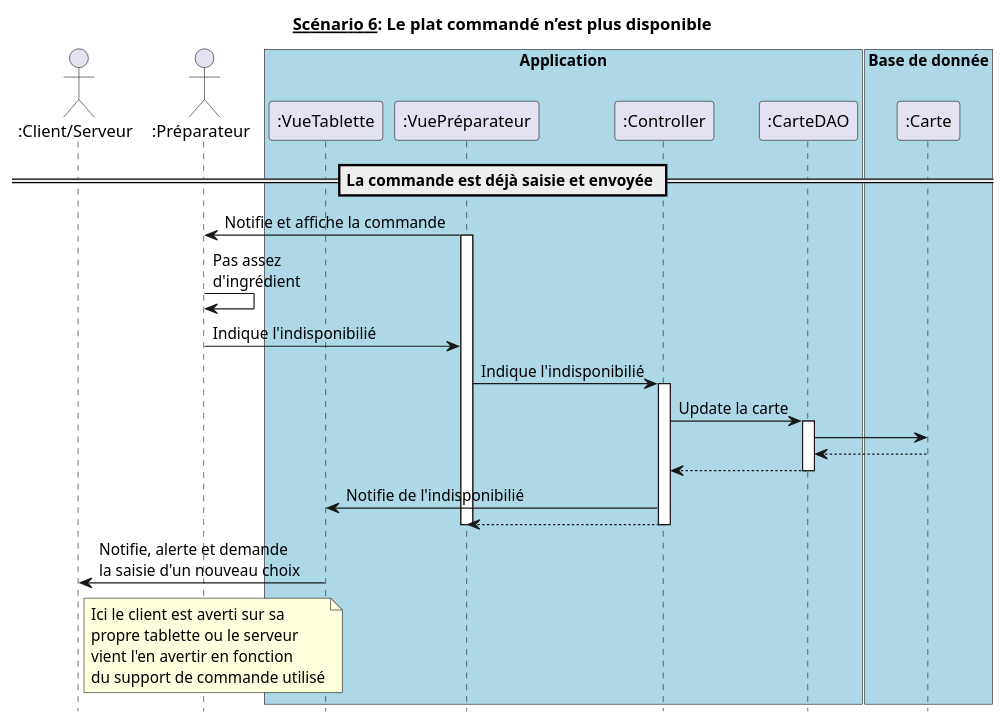
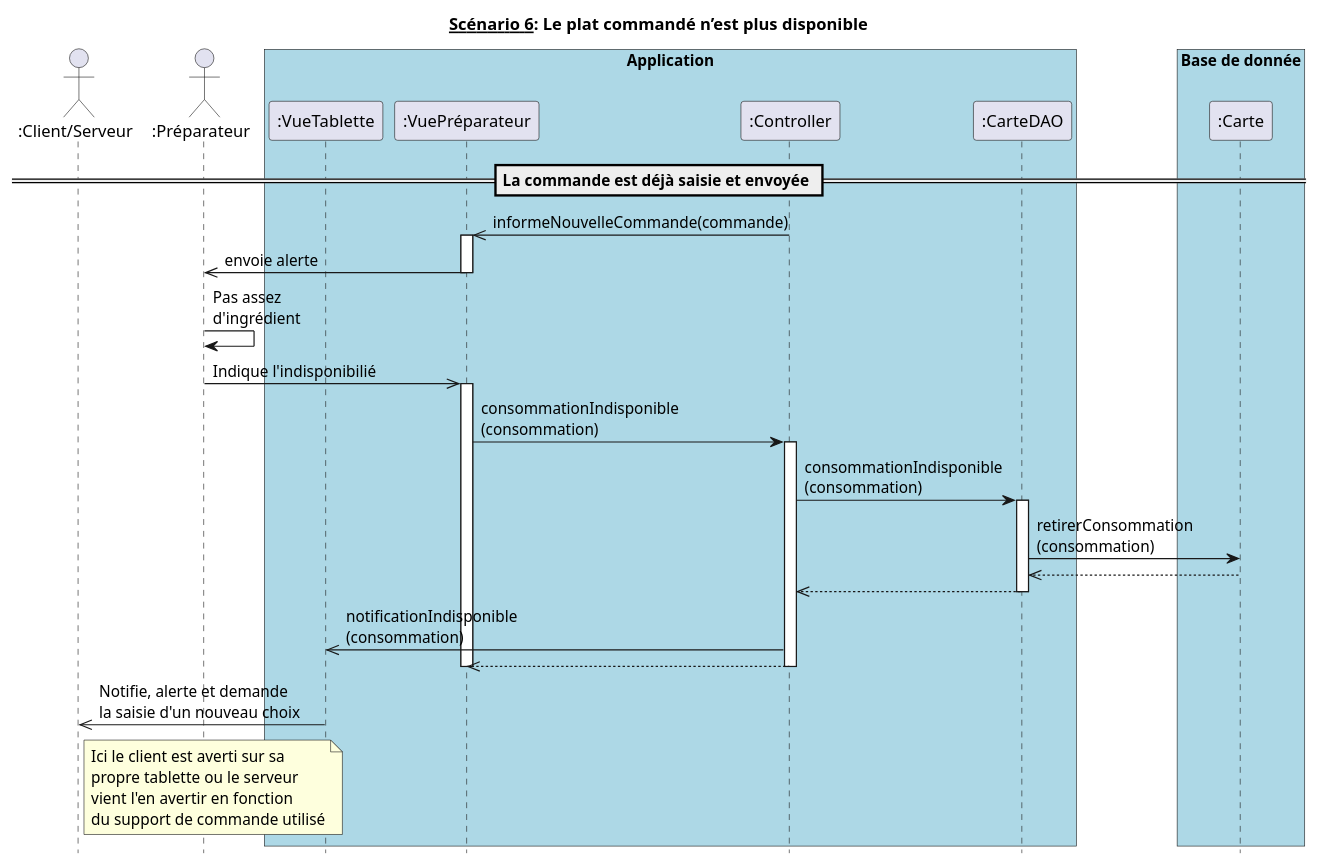
The diagram in diagrammes_sequences_detailles/dss6.md (hulskenA/GL-Les_seigneurs_du_resto), drawn with PlantUML before and after one commit. The commit also changed 1 other file, not shown here.

Commit message:
Reworked dss6 and dss9

````diff
--- a/diagrammes_sequences_detailles/dss6.md
+++ b/diagrammes_sequences_detailles/dss6.md
@@ -1,51 +1,55 @@
 ```puml
 @startuml
 hide footbox
 title __Scénario 6__: Le plat commandé n’est plus disponible
 
 actor ":Client/Serveur" as Tablette order 10
 actor ":Préparateur" as Préparateur order 20
 
 box "Application" #Lightblue
   participant ":VueTablette" as VueTablette order 30
   participant ":VuePréparateur" as VuePréparateur order 40
   participant ":Controller" as Controller order 50
   participant ":CarteDAO" as CarteDAO order 60
 endbox
 
 box "Base de donnée" #Lightblue
   participant ":Carte" as Carte order 70
 endbox
 
 == La commande est déjà saisie et envoyée ==
 
-VuePréparateur -> Préparateur : Notifie et affiche la commande
+
+Controller ->> VuePréparateur : informeNouvelleCommande(commande)
 activate VuePréparateur
+VuePréparateur ->> Préparateur : envoie alerte
+deactivate VuePréparateur
   Préparateur -> Préparateur : Pas assez\nd'ingrédient
-  Préparateur -> VuePréparateur : Indique l'indisponibilié
-  VuePréparateur -> Controller : Indique l'indisponibilié
+  Préparateur ->> VuePréparateur : Indique l'indisponibilié
+activate VuePréparateur
+  VuePréparateur -> Controller : consommationIndisponible\n(consommation)
 activate Controller
 
-Controller -> CarteDAO : Update la carte
+Controller -> CarteDAO : consommationIndisponible\n(consommation)
 activate CarteDAO
-CarteDAO -> Carte
-CarteDAO <-- Carte
-Controller <-- CarteDAO
+CarteDAO -> Carte : retirerConsommation\n(consommation)
+CarteDAO <<-- Carte
+Controller <<-- CarteDAO
 deactivate CarteDAO
 
-Controller -> VueTablette : Notifie de l'indisponibilié
-Controller --> VuePréparateur
+Controller ->> VueTablette : notificationIndisponible\n(consommation)
+Controller -->> VuePréparateur
 deactivate VuePréparateur
 deactivate Controller
 
-Tablette <- VueTablette : Notifie, alerte et demande\nla saisie d'un nouveau choix
+Tablette <<- VueTablette : Notifie, alerte et demande\nla saisie d'un nouveau choix
 
 note right Tablette
   Ici le client est averti sur sa
   propre tablette ou le serveur
   vient l'en avertir en fonction
   du support de commande utilisé
 end note
 
 @enduml
 ```
````
